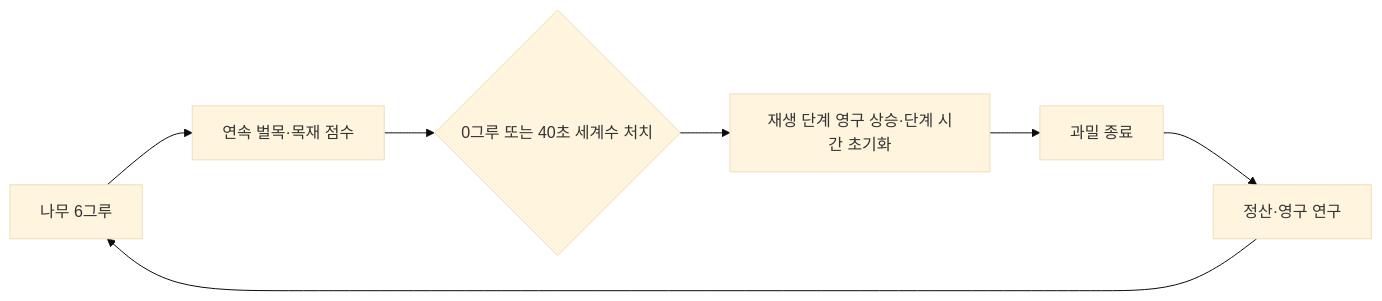
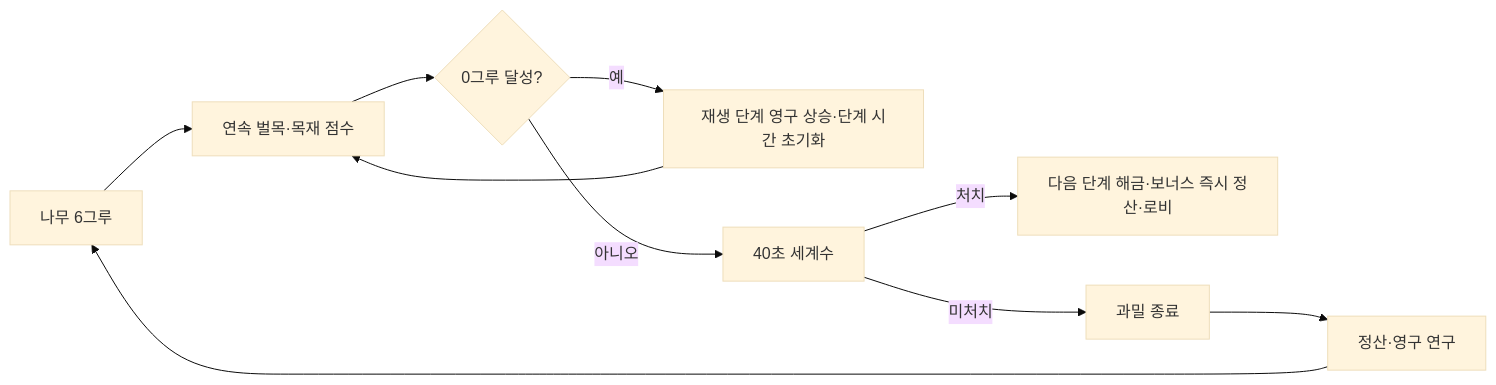
The diagram in docs/SCORE_ATTACK_META_LOOP.md (hyunsuhahaha/def_game), drawn with Mermaid (base theme) before and after one commit. The commit also changed other lines of this file and 10 other files, not shown here.

````diff
--- a/docs/SCORE_ATTACK_META_LOOP.md
+++ b/docs/SCORE_ATTACK_META_LOOP.md
@@ -18,9 +18,12 @@
 ```mermaid
 flowchart LR
     A[나무 6그루] --> B[연속 벌목·목재 점수]
-    B --> D{0그루 또는 40초 세계수 처치}
-    D --> G[재생 단계 영구 상승·단계 시간 초기화]
-    G --> E[과밀 종료]
+    B --> D{0그루 달성?}
+    D -->|예| G[재생 단계 영구 상승·단계 시간 초기화]
+    G --> B
+    D -->|아니오| W[40초 세계수]
+    W -->|처치| C[다음 단계 해금·보너스 즉시 정산·로비]
+    W -->|미처치| E[과밀 종료]
     E --> F[정산·영구 연구]
     F --> A
 ```
````
